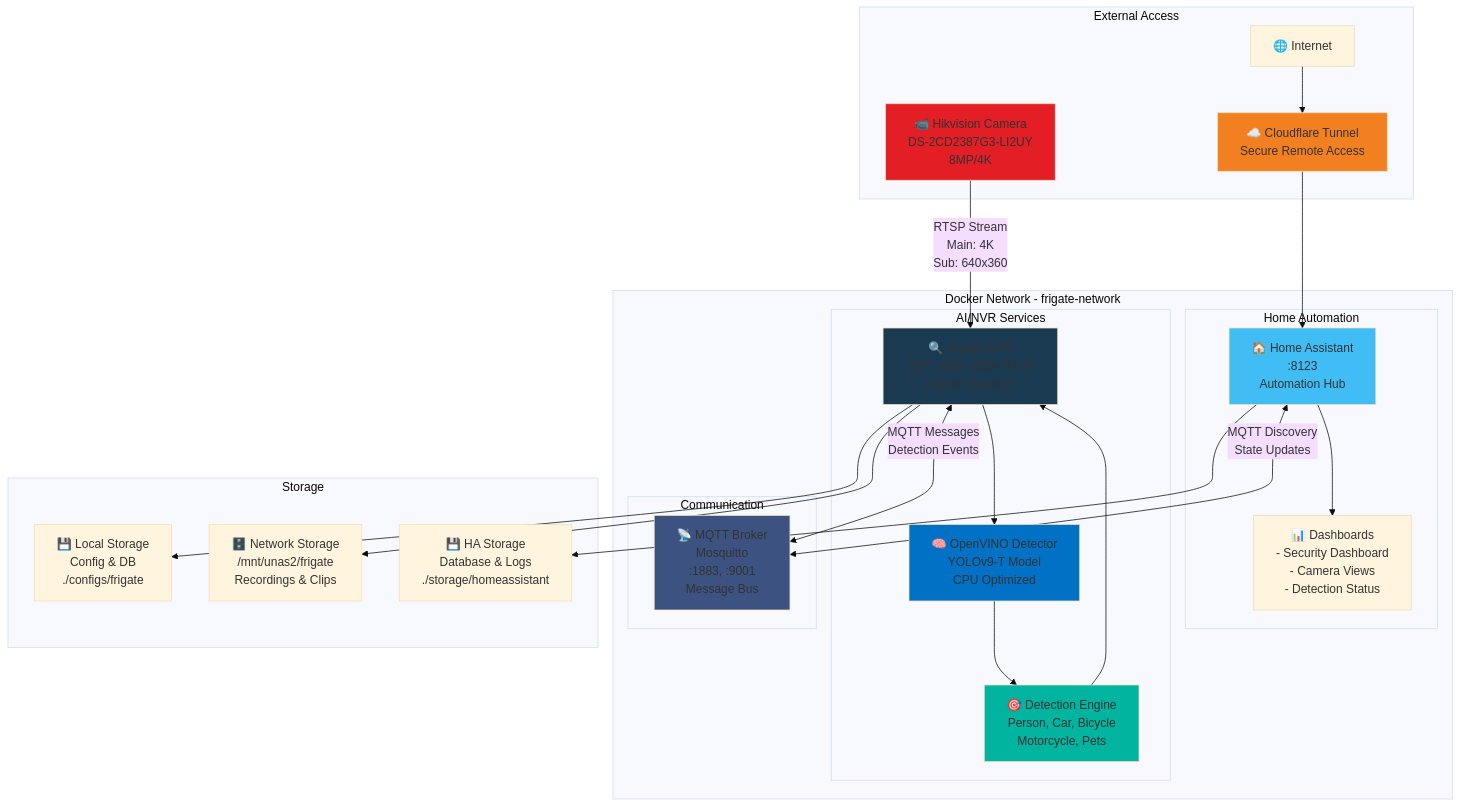
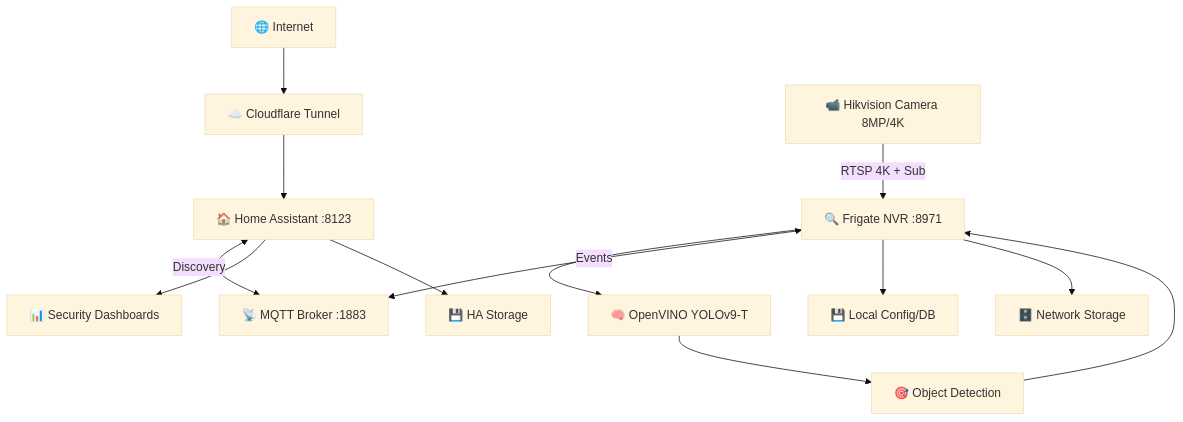
One commit to presidenri/home-aide changed the diagram in README.md. Above: the diagram before and after it, drawn with Mermaid (base theme).

Commit message:
fix: simplify Mermaid diagram for GitHub compatibility

````diff
--- a/README.md
+++ b/README.md
@@ -62,54 +62,35 @@
 ```mermaid
 graph TB
-    subgraph "External Access"
-        Internet[🌐 Internet]
-        CloudFlare[☁️ Cloudflare Tunnel<br/>Secure Remote Access]
-        Camera[📹 Hikvision Camera<br/>DS-2CD2387G3-LI2UY<br/>8MP/4K]
-    end
+    Internet[🌐 Internet]
+    CloudFlare[☁️ Cloudflare Tunnel]
+    Camera[📹 Hikvision Camera 8MP/4K]
     
-    subgraph "Docker Network - frigate-network"
-        subgraph "Home Automation"
-            HA[🏠 Home Assistant<br/>:8123<br/>Automation Hub]
-            HADash[📊 Dashboards<br/>- Security Dashboard<br/>- Camera Views<br/>- Detection Status]
-        end
-        
-        subgraph "AI/NVR Services"
-            Frigate[🔍 Frigate NVR<br/>:8971 Web, :8554 RTSP<br/>Object Detection]
-            OpenVINO[🧠 OpenVINO Detector<br/>YOLOv9-T Model<br/>CPU Optimized]
-            Detection[🎯 Detection Engine<br/>Person, Car, Bicycle<br/>Motorcycle, Pets]
-        end
-        
-        subgraph "Communication"
-            MQTT[📡 MQTT Broker<br/>Mosquitto<br/>:1883, :9001<br/>Message Bus]
-        end
-    end
+    HA[🏠 Home Assistant :8123]
+    HADash[📊 Security Dashboards]
     
-    subgraph "Storage"
-        LocalConfig[💾 Local Storage<br/>Config & DB<br/>./configs/frigate]
-        NetworkStorage[🗄️ Network Storage<br/>/mnt/unas2/frigate<br/>Recordings & Clips]
-        HAStorage[💾 HA Storage<br/>Database & Logs<br/>./storage/homeassistant]
-    end
+    Frigate[🔍 Frigate NVR :8971]
+    OpenVINO[🧠 OpenVINO YOLOv9-T]
+    Detection[🎯 Object Detection]
+    
+    MQTT[📡 MQTT Broker :1883]
+    
+    LocalConfig[💾 Local Config/DB]
+    NetworkStorage[🗄️ Network Storage]
+    HAStorage[💾 HA Storage]
     
     Internet --> CloudFlare
     CloudFlare --> HA
-    Camera -->|RTSP Stream<br/>Main: 4K<br/>Sub: 640x360| Frigate
+    Camera -->|RTSP 4K + Sub| Frigate
     
     Frigate --> OpenVINO
     OpenVINO --> Detection
     Detection --> Frigate
-    Frigate <-->|MQTT Messages<br/>Detection Events| MQTT
-    HA <-->|MQTT Discovery<br/>State Updates| MQTT
+    
+    Frigate <-->|Events| MQTT
+    HA <-->|Discovery| MQTT
     HA --> HADash
     
     Frigate --> LocalConfig
     Frigate --> NetworkStorage
     HA --> HAStorage
-    
-    style HA fill:#41BDF5
-    style Frigate fill:#1A3A52
-    style MQTT fill:#3C5280
-    style OpenVINO fill:#0071C5
-    style Detection fill:#00B4A0
-    style CloudFlare fill:#F38020
-    style Camera fill:#E31E24
 ```
````
